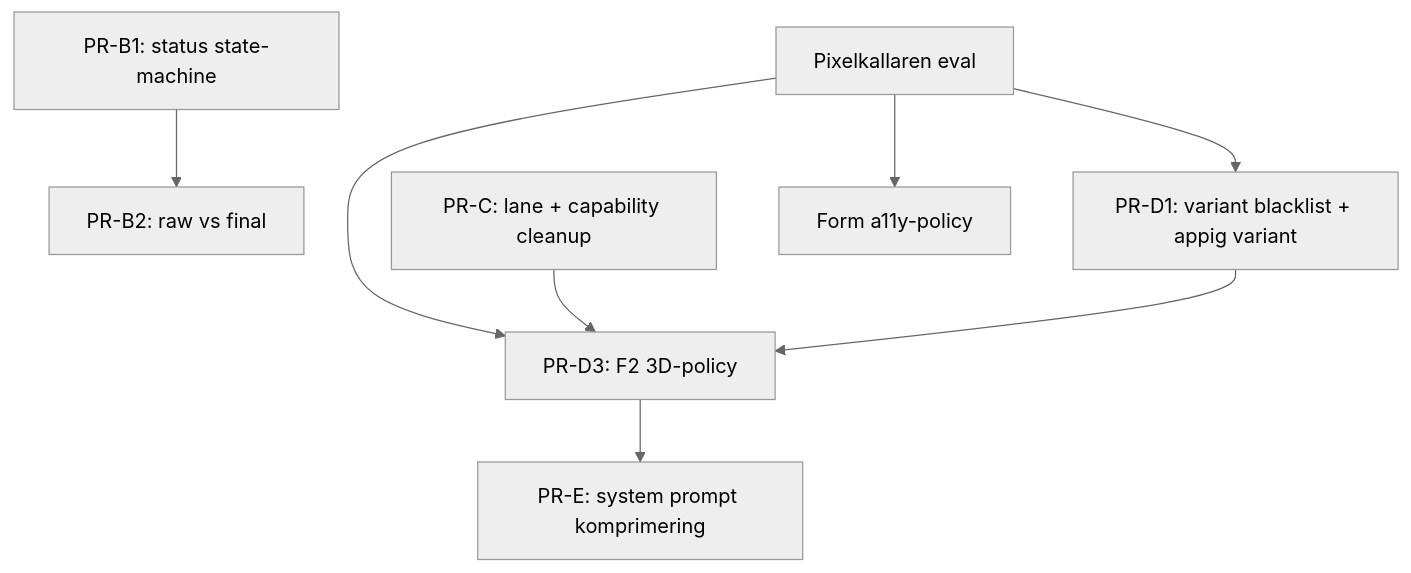
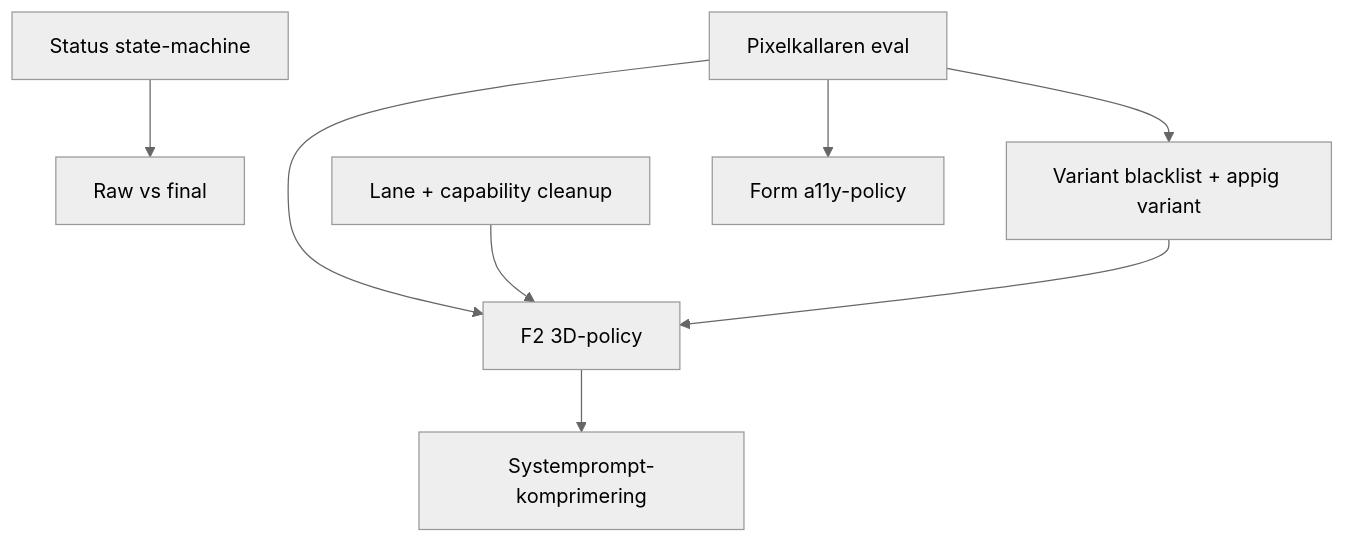
Before and after one commit to Jakeminator123/sajtmaskin: the diagram in docs/plans/active/2026-04-28-pixelkallaren-eval-och-uppfoljning.md, drawn with Mermaid (neutral theme). The commit also changed other lines of this file and 11 other files, not shown here.

````diff
--- a/docs/plans/active/2026-04-28-pixelkallaren-eval-och-uppfoljning.md
+++ b/docs/plans/active/2026-04-28-pixelkallaren-eval-och-uppfoljning.md
@@ -187,19 +187,19 @@
 ```mermaid
 flowchart TD
     Eval[Pixelkallaren eval]
-    PRB1[PR-B1: status state-machine]
-    PRB2[PR-B2: raw vs final]
-    PRC[PR-C: lane + capability cleanup]
-    PRD1[PR-D1: variant blacklist + appig variant]
-    PRD3[PR-D3: F2 3D-policy]
-    PRE[PR-E: system prompt komprimering]
-    PRF[Form a11y-policy]
+    statusState[Status state-machine]
+    rawFinal[Raw vs final]
+    laneCleanup[Lane + capability cleanup]
+    variantTrack[Variant blacklist + appig variant]
+    f2ThreeD[F2 3D-policy]
+    promptCompress[Systemprompt-komprimering]
+    formA11y[Form a11y-policy]
 
-    Eval --> PRD1
-    Eval --> PRD3
-    Eval --> PRF
-    PRB1 --> PRB2
-    PRC --> PRD3
-    PRD1 --> PRD3
-    PRD3 --> PRE
+    Eval --> variantTrack
+    Eval --> f2ThreeD
+    Eval --> formA11y
+    statusState --> rawFinal
+    laneCleanup --> f2ThreeD
+    variantTrack --> f2ThreeD
+    f2ThreeD --> promptCompress
 ```
````
